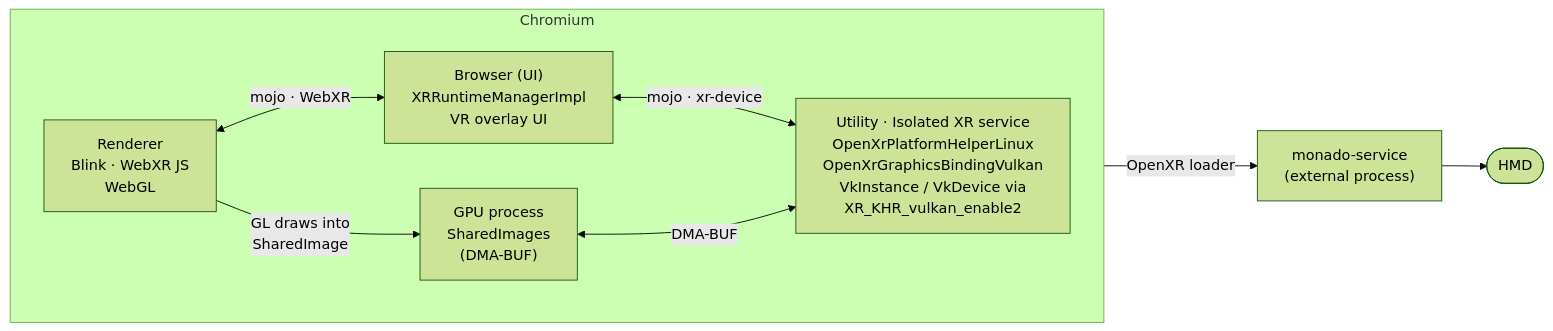
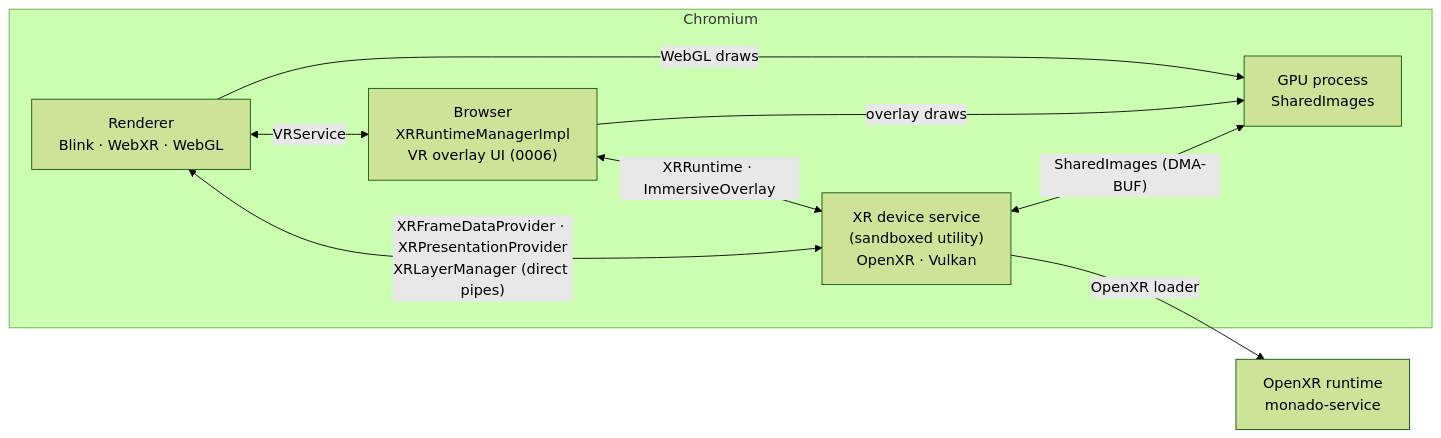
The second of 4 diagrams in README.md (utzcoz/chromium-webxr-linux), drawn with Mermaid (forest theme) before and after one commit. The commit also changed other lines of this file, not shown here.

First line of the commit message:
README: drop the old patch history and polish the architecture

````diff
--- a/README.md
+++ b/README.md
@@ -161,19 +140,18 @@
 ```mermaid
 flowchart LR
     subgraph Chromium
-      direction LR
-      R["Renderer<br/>Blink · WebXR JS<br/>WebGL"]
-      B["Browser (UI)<br/>XRRuntimeManagerImpl<br/>VR overlay UI"]
-      G["GPU process<br/>SharedImages<br/>(DMA-BUF)"]
-      U["Utility · Isolated XR service<br/>OpenXrPlatformHelperLinux<br/>OpenXrGraphicsBindingVulkan<br/>VkInstance / VkDevice via<br/>XR_KHR_vulkan_enable2"]
+      R["Renderer<br/>Blink · WebXR · WebGL"]
+      B["Browser<br/>XRRuntimeManagerImpl<br/>VR overlay UI (0006)"]
+      G["GPU process<br/>SharedImages"]
+      U["XR device service<br/>(sandboxed utility)<br/>OpenXR · Vulkan"]
     end
-    M["monado-service<br/>(external process)"]
-    H(["HMD"])
+    M["OpenXR runtime<br/>monado-service"]
 
-    R <-->|mojo · WebXR| B
-    B <-->|mojo · xr-device| U
-    R -->|GL draws into<br/>SharedImage| G
-    G <-->|DMA-BUF| U
+    R <-->|VRService| B
+    B <-->|XRRuntime · ImmersiveOverlay| U
+    R <-->|"XRFrameDataProvider · XRPresentationProvider<br/>XRLayerManager (direct pipes)"| U
+    R -->|WebGL draws| G
+    B -->|overlay draws| G
+    U <-->|"SharedImages (DMA-BUF)"| G
     U -->|OpenXR loader| M
-    M --> H
 ```
````
